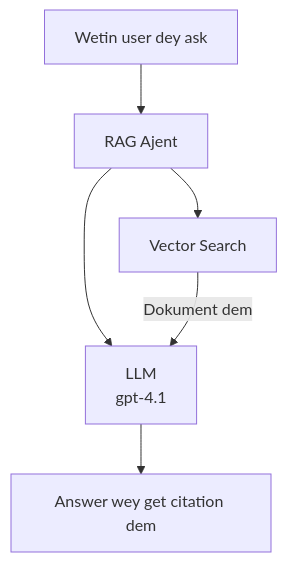
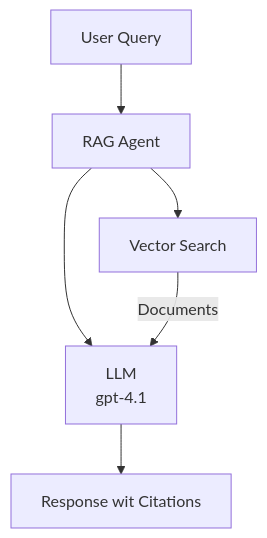
One commit to microsoft/AZD-for-beginners changed the second of 3 diagrams in translations/pcm/docs/chapter-02-ai-development/agents.md. Above: the diagram before and after it, drawn with Mermaid. The commit also changed other lines of this file and 61 other files, not shown here.

````diff
--- a/translations/pcm/docs/chapter-02-ai-development/agents.md
+++ b/translations/pcm/docs/chapter-02-ai-development/agents.md
@@ -181,8 +181,8 @@
 ```mermaid
 graph TD
-    Query[Wetin user dey ask] --> RAG[RAG Ajent]
+    Query[User Query] --> RAG[RAG Agent]
     RAG --> Vector[Vector Search]
     RAG --> LLM[LLM<br/>gpt-4.1]
-    Vector -- Dokument dem --> LLM
-    LLM --> Response[Answer wey get citation dem]
+    Vector -- Documents --> LLM
+    LLM --> Response[Response wit Citations]
 ```
````
